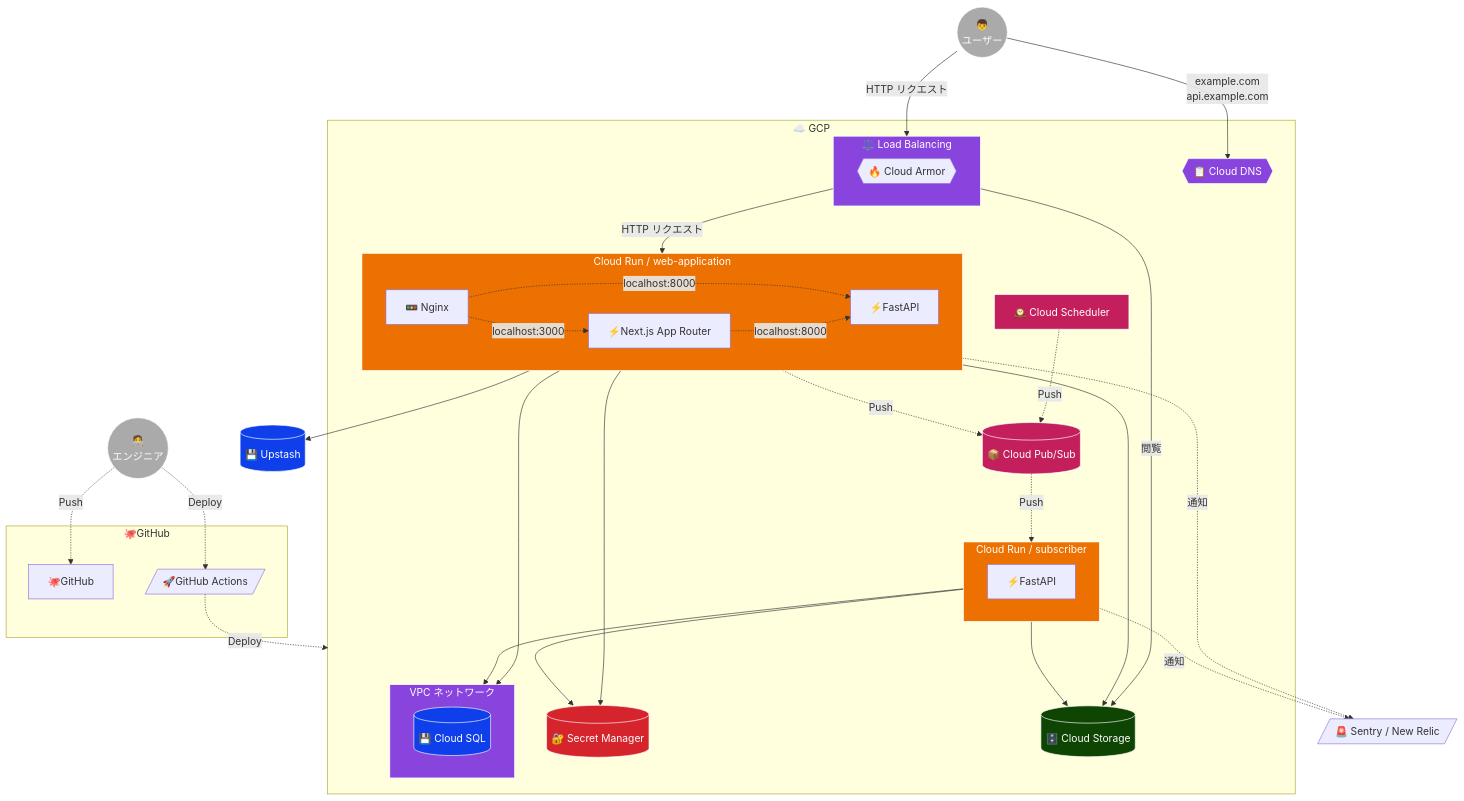
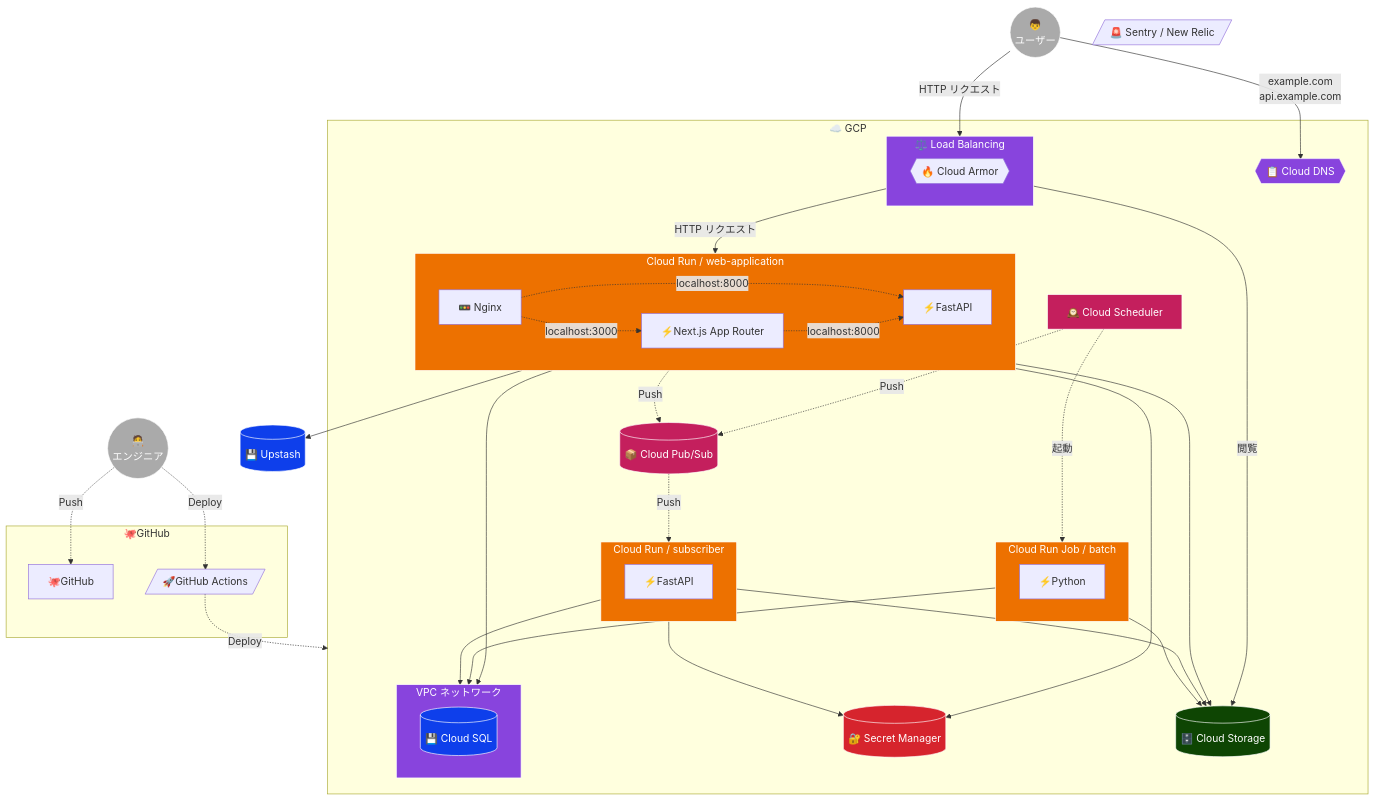
The diagram in infrastructure/SYSTEM_ARCHITECTURE.md (gtaiyou24/epic-database), drawn with Mermaid before and after one commit. The commit also changed 2 other files, not shown here.

Commit message:
change: infrastructure/SYSTEM_ARCHITECTURE.md

```diff
--- a/infrastructure/SYSTEM_ARCHITECTURE.md
+++ b/infrastructure/SYSTEM_ARCHITECTURE.md
@@ -29,6 +29,10 @@
         subgraph Subscriber [Cloud Run / subscriber]
             Messaging[⚡️FastAPI]
         end
+        subgraph Batch [Cloud Run Job / batch]
+            Python[⚡Python]
+        end
+        Schedular -.-> |起動|Batch
         
         subgraph DB [VPC ネットワーク]
             SQL[(💾️ Cloud SQL)]
@@ -42,13 +46,14 @@
         Subscriber --> SecretManager
         Compute -.-> |Push|MQ
         Compute --> DB[(💾️ Cloud SQL)]
+        Batch --> DB
+        Batch --> Storage
         MQ -.-> |Push|Subscriber
     end
 
     Subscriber --> DB
     Compute --> Cache[(💾️ Upstash)]
-    Compute -.-> |通知|Monitering[/🚨 Sentry / New Relic/]
-    Subscriber -.-> |通知|Monitering
+    Monitering[/🚨 Sentry / New Relic/]
     
     subgraph GitHub [🐙GitHub]
         Repository[🐙GitHub]
@@ -78,7 +83,7 @@
 class User,Engineer External
 class SQL,Cache DataBase
 class DNS,CDN,LB,DB Network
-class Compute,Subscriber Compute
+class Compute,Subscriber,Batch Compute
 class Storage Storage
 class SecretManager Security
 class MQ,Schedular Integration
```
